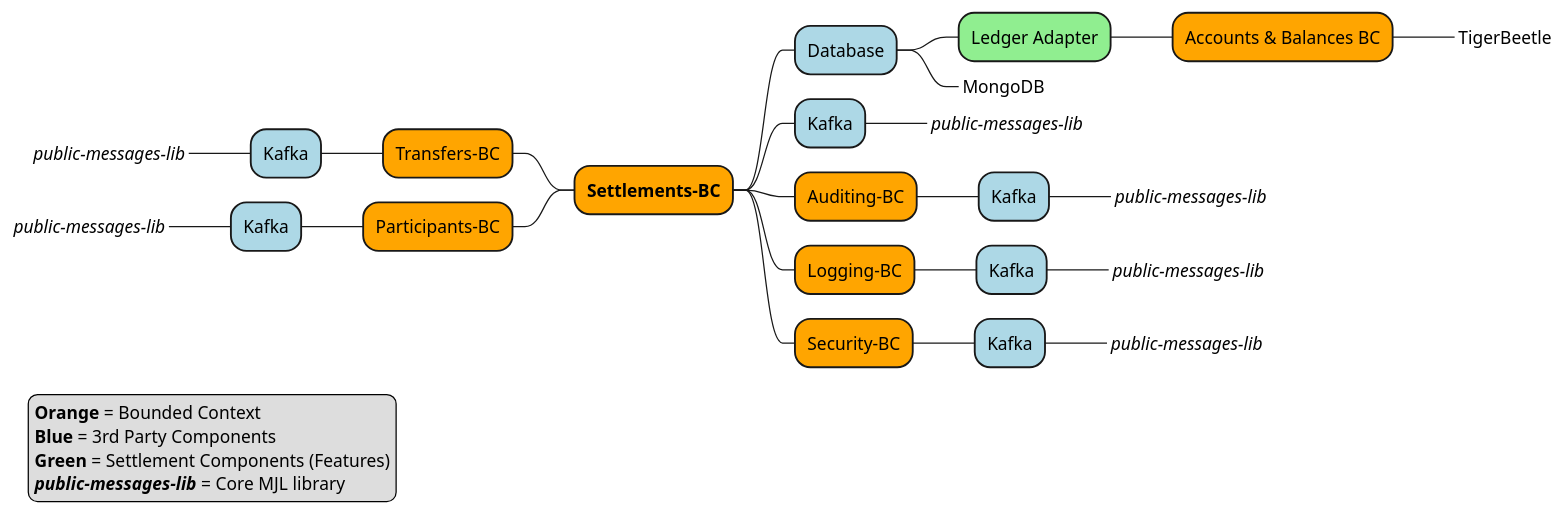
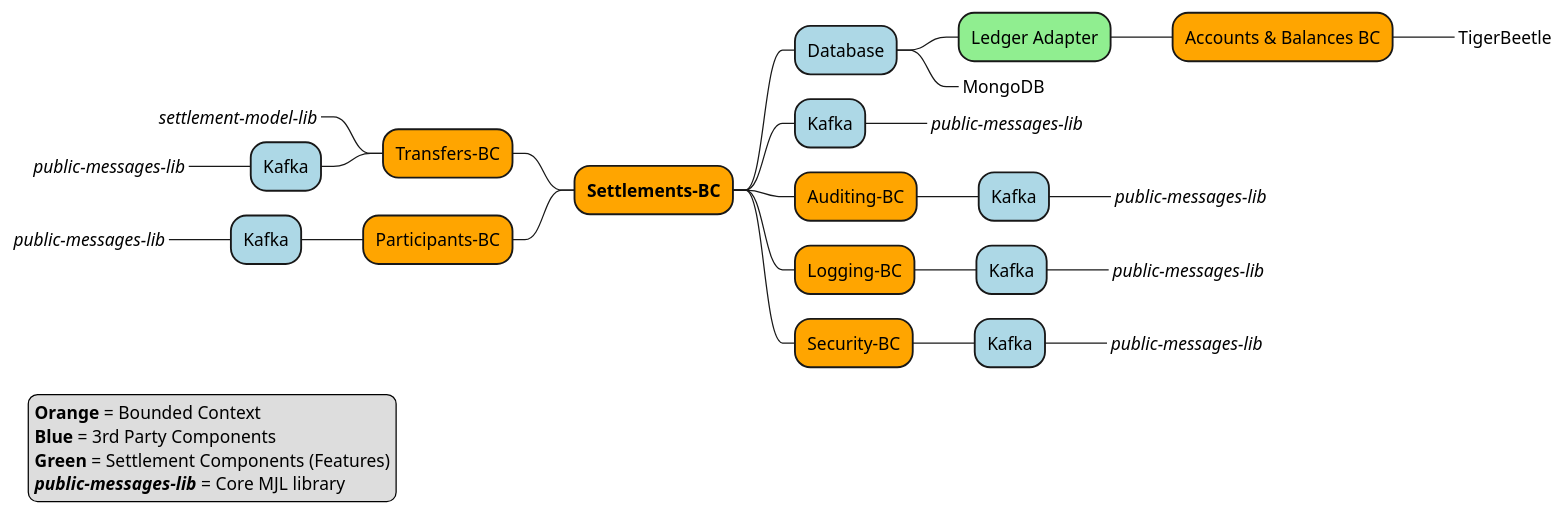
The diagram in docs/flows/30-settlement-architecture-vnext.puml (mojaloop/settlements-bc), drawn with PlantUML before and after one commit. The commit also changed 1 other file, not shown here.

Commit message:
Update context diagrams.

```diff
--- a/docs/flows/30-settlement-architecture-vnext.puml
+++ b/docs/flows/30-settlement-architecture-vnext.puml
@@ -1,33 +1,34 @@
 @startmindmap
 +[#Orange] **Settlements-BC**
 ++[#Lightblue] Database
 +++[#LightGreen] Ledger Adapter
 ++++[#Orange] Accounts & Balances BC
 *****_ TigerBeetle
 +++_ MongoDB
 ++[#Lightblue] Kafka
 +++_ //public-messages-lib//
 ++[#Orange] Auditing-BC
 +++[#Lightblue] Kafka
 ++++_ //public-messages-lib//
 ++[#Orange] Logging-BC
 +++[#Lightblue] Kafka
 ++++_ //public-messages-lib//
 ++[#Orange] Security-BC
 +++[#Lightblue] Kafka
 ++++_ //public-messages-lib//
 --[#Orange] Transfers-BC
+---_ //settlement-model-lib//
 ---[#Lightblue] Kafka
 ----_ //public-messages-lib//
 --[#Orange] Participants-BC
 ---[#Lightblue] Kafka
 ----_ //public-messages-lib//
 
 legend left
 **Orange** = Bounded Context
 **Blue** = 3rd Party Components
 **Green** = Settlement Components (Features)
 **//public-messages-lib//** = Core MJL library
 endlegend
 
 @endmindmap
```
